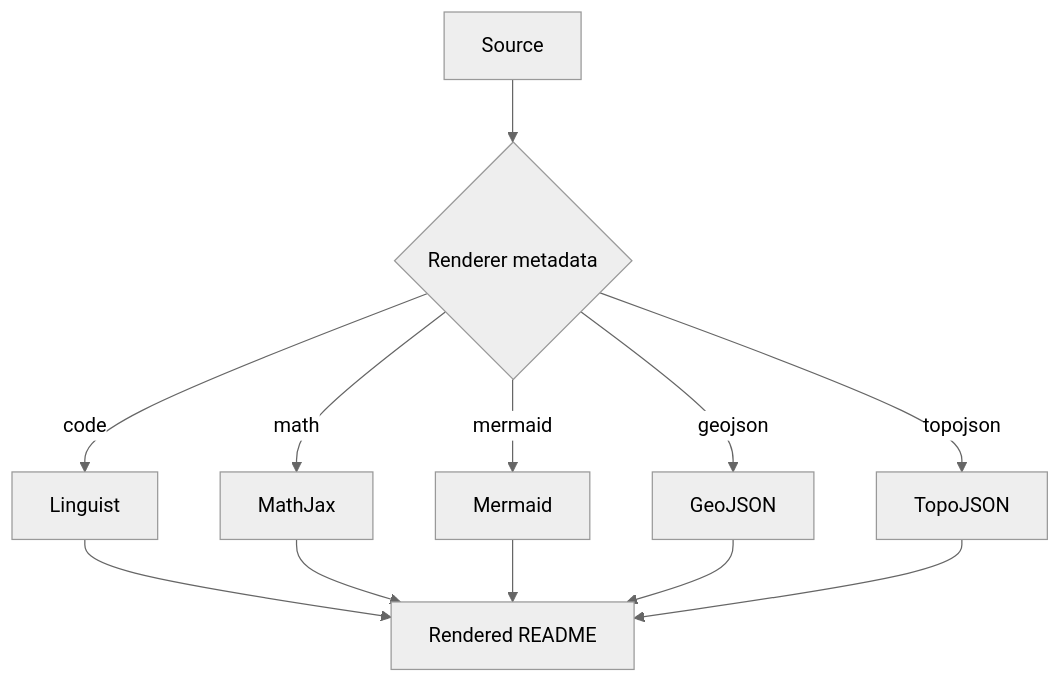
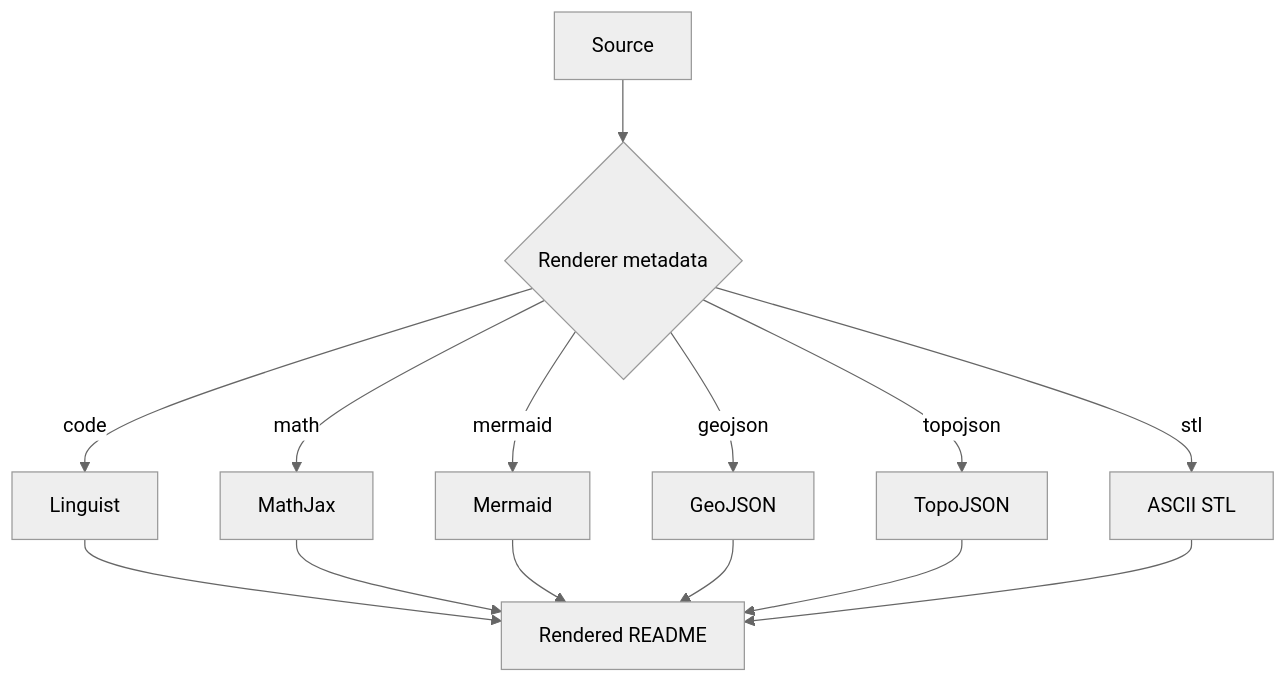
The second of 8 diagrams in README.md (thiepn/markdown), drawn with Mermaid (neutral theme) before and after one commit. The commit also changed other lines of this file, not shown here.

Commit message:
M12: build interactive ASCII STL and 3D showcase

````diff
--- a/README.md
+++ b/README.md
@@ -703,14 +705,16 @@
 ```mermaid
 flowchart TD
     SRC[Source] --> TYPE{Renderer metadata}
     TYPE -- code --> L[Linguist]
     TYPE -- math --> MJ[MathJax]
     TYPE -- mermaid --> MM[Mermaid]
     TYPE -- geojson --> GJ[GeoJSON]
     TYPE -- topojson --> TJ[TopoJSON]
+    TYPE -- stl --> STL[ASCII STL]
     L --> OUT[Rendered README]
     MJ --> OUT
     MM --> OUT
     GJ --> OUT
     TJ --> OUT
+    STL --> OUT
 ```
````
